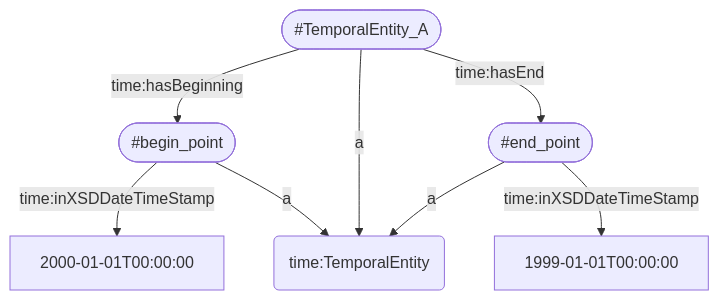
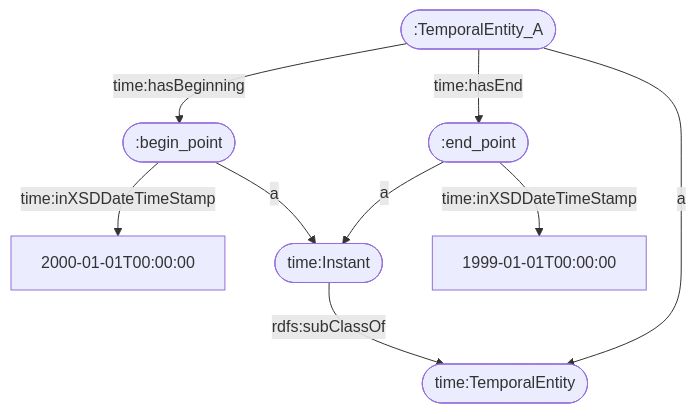
One commit to VCityTeam/UD-Graph changed the first of 2 diagrams in rules/Readme.md. Above: the diagram before and after it, drawn with Mermaid. The commit also changed other lines of this file, not shown here.

````diff
--- a/rules/Readme.md
+++ b/rules/Readme.md
@@ -37,10 +37,11 @@
 ```mermaid
-graph TD
-    id1([#TemporalEntity_A])   -->|time:hasBeginning| id2([#begin_point])
-    id1([#TemporalEntity_A])   -->|time:hasEnd| id3([#end_point])
-    id2([#begin_point])        -->|time:inXSDDateTimeStamp| 2000-01-01T00:00:00
-    id2([#begin_point])        -->|a| id4(time:TemporalEntity)
-    id1([#TemporalEntity_A])   -->|a| id4(time:TemporalEntity)
-    id3([#end_point])          -->|time:inXSDDateTimeStamp| 1999-01-01T00:00:00
-    id3([#end_point])          -->|a| id4(time:TemporalEntity)
+flowchart TD
+    id1([:TemporalEntity_A]) -->|time:hasBeginning| id2([:begin_point])
+    id1 -->|time:hasEnd| id3([:end_point])
+    id2 -->|time:inXSDDateTimeStamp| 2000-01-01T00:00:00
+    id5 -->|rdfs:subClassOf| id4
+    id3 -->|time:inXSDDateTimeStamp| 1999-01-01T00:00:00
+    id1 -->|a| id4([time:TemporalEntity])
+    id2 -->|a| id5([time:Instant])
+    id3 -->|a| id5
 ```
````
